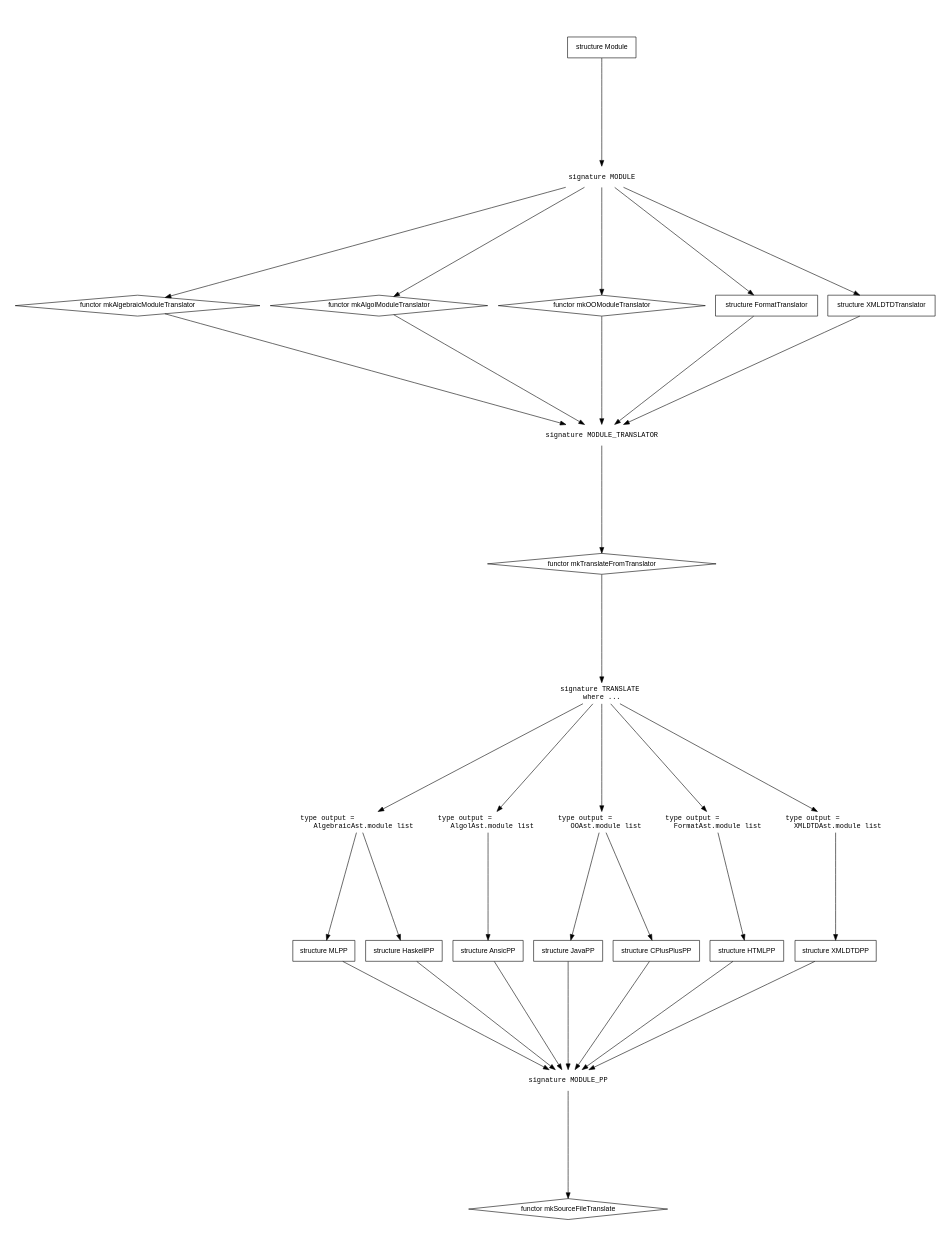
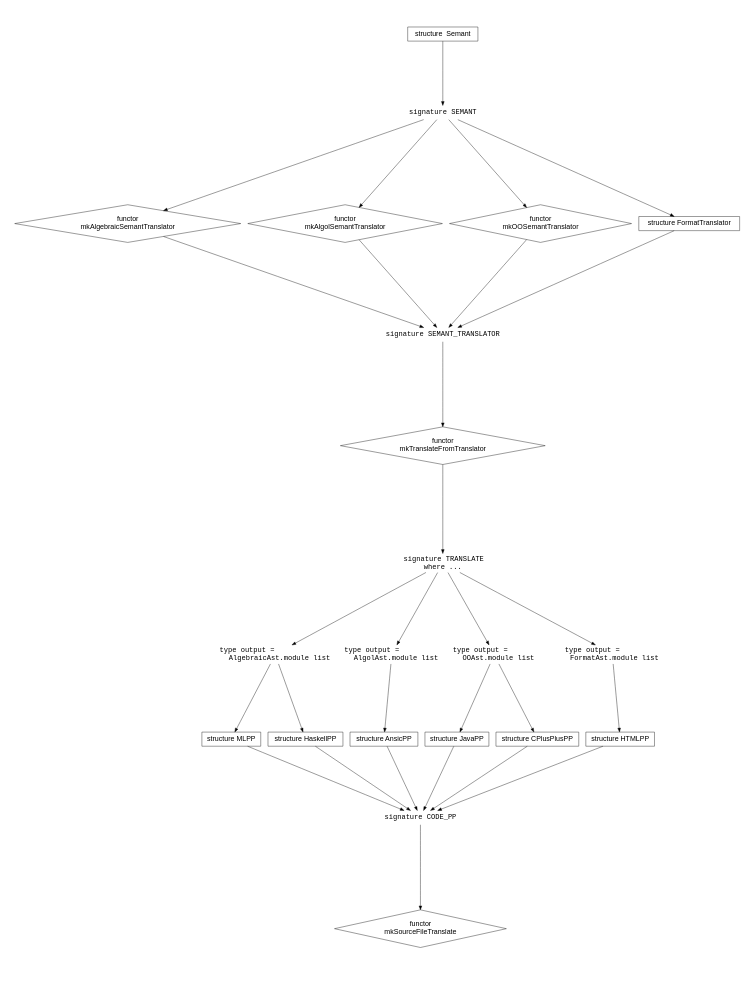
One commit to Techcable/asdl-archive changed the diagram in asdlGen/src/doc/internals/big-picture.dot. Above: the diagram before and after it, drawn with Graphviz. The commit also changed 38 other files, not shown here.

```diff
--- a/asdlGen/src/doc/internals/big-picture.dot
+++ b/asdlGen/src/doc/internals/big-picture.dot
@@ -1,77 +1,77 @@
 digraph G {
-graph [size="7.5,10",ratio="fill"];
-node [fontname = "Helvetica",fontsize="12"];
+graph [size="6,8",ratio="fill"];
+node [fontname = "Helvetica",fontsize="18"];
 /* signatures */
 node [fontname = "Courier", shape = "plaintext" ]; 
- module_sig [label="signature MODULE"];
- module_pp [label="signature MODULE_PP"];
+ semant_sig [label="signature SEMANT"];
+ code_pp [label="signature CODE_PP"];
 
  algebraic_ast [label="type output =\l   AlgebraicAst.module list"];
  algol_ast     [label="type output =\l   AlgolAst.module list"];
  oo_ast        [label="type output =\l   OOAst.module list"];
 
 translate_sig [label="signature TRANSLATE\l where ..."];
  format_ast  [label="type output =\l  FormatAst.module list"];
- xml_dtd_ast [label="type output =\l  XMLDTDAst.module list"];
-
-module_translate_sig [label="signature MODULE_TRANSLATOR"];
+/* xml_dtd_ast [label="type output =\l  XMLDTDAst.module list"];
+*/
+semant_translate_sig [label="signature SEMANT_TRANSLATOR"];
 /* functors */
 node [fontname = "Helvetica", shape = "diamond" ]; 
 
- source_pp [label="functor mkSourceFileTranslate"];
- translate [label="functor mkTranslateFromTranslator"];
- translate_algebraic [label="functor mkAlgebraicModuleTranslator"];
- translate_algol [label="functor mkAlgolModuleTranslator"];
- translate_oo [label="functor mkOOModuleTranslator"];
+ source_pp [label="functor\nmkSourceFileTranslate\n"];
+ translate [label="functor\nmkTranslateFromTranslator\n"];
+ translate_algebraic [label="functor\nmkAlgebraicSemantTranslator\n"];
+ translate_algol [label="functor\nmkAlgolSemantTranslator\n"];
+ translate_oo [label="functor\nmkOOSemantTranslator\n"];
 
 node [fontname = "Helvetica", shape = "box" ]; 
 /* structs */
-  module [label="structure Module"];
+  semant [label="structure  Semant"];
 
   translate_format [label="structure FormatTranslator"];
-  translate_xml_dtd [label="structure XMLDTDTranslator"];
+/*  translate_xml_dtd [label="structure XMLDTDTranslator"]; */
 
 node [shape = "box"];
 ml_pp [label="structure MLPP"];
 haskell_pp [label="structure HaskellPP"];
-java_pp [label="structure JavaPP "];
-c_plus_plus_pp [label="structure CPlusPlusPP "];
+java_pp [label="structure JavaPP"];
+c_plus_plus_pp [label="structure CPlusPlusPP"];
 node [shape = "box"];
 ansic_pp [label="structure AnsicPP"];
-html_pp [label="structure HTMLPP "];
-xml_dtd_pp [label="structure XMLDTDPP"];
+html_pp [label="structure HTMLPP"];
+/*xml_dtd_pp [label="structure XMLDTDPP"]; */
 
 
-module -> module_sig 
-module_sig -> translate_algebraic ->  module_translate_sig
-module_sig -> translate_oo  ->   module_translate_sig
-module_sig -> translate_algol ->  module_translate_sig
-module_sig -> translate_format   ->   module_translate_sig 
-module_sig -> translate_xml_dtd   -> module_translate_sig 
+semant -> semant_sig 
+semant_sig -> translate_algebraic ->  semant_translate_sig
+semant_sig -> translate_oo  ->   semant_translate_sig
+semant_sig -> translate_algol ->  semant_translate_sig
+semant_sig -> translate_format   ->   semant_translate_sig 
+/*semant_sig -> translate_xml_dtd   -> semant_translate_sig */
 
 
-module_translate_sig -> translate -> translate_sig
+semant_translate_sig -> translate -> translate_sig
 translate_sig -> algebraic_ast 
 translate_sig -> oo_ast
 translate_sig -> algol_ast 
 translate_sig -> format_ast 
-translate_sig -> xml_dtd_ast
+/*translate_sig -> xml_dtd_ast */
 
 algebraic_ast -> ml_pp 
 algebraic_ast -> haskell_pp 
 oo_ast -> java_pp 
 oo_ast -> c_plus_plus_pp
 algol_ast  -> ansic_pp
 format_ast -> html_pp
-xml_dtd_ast -> xml_dtd_pp 
+/*xml_dtd_ast -> xml_dtd_pp */
 
-ml_pp -> module_pp
-haskell_pp -> module_pp
-ansic_pp -> module_pp
-java_pp -> module_pp
-c_plus_plus_pp -> module_pp
-html_pp -> module_pp
-xml_dtd_pp ->  module_pp
+ml_pp -> code_pp
+haskell_pp -> code_pp
+ansic_pp -> code_pp
+java_pp -> code_pp
+c_plus_plus_pp -> code_pp
+html_pp -> code_pp
+/*xml_dtd_pp ->  code_pp*/
 
-module_pp -> source_pp
+code_pp -> source_pp
 }
```
